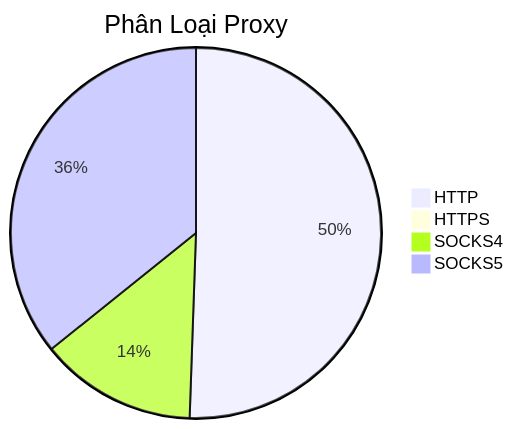
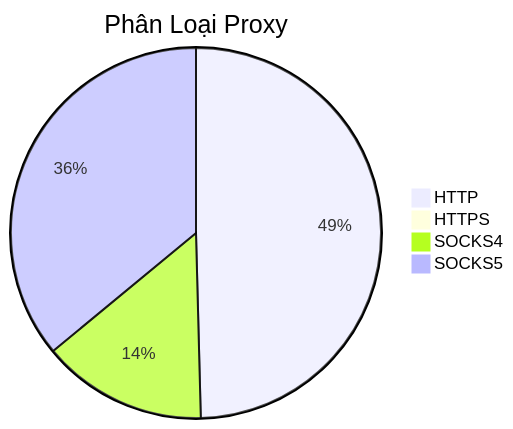
Before and after one commit to Ciara-Aa/PROXY-free: the diagram in README.md, drawn with Mermaid. The commit also changed other lines of this file and 4 other files, not shown here.

````diff
--- a/README.md
+++ b/README.md
@@ -26,7 +26,7 @@
 ```mermaid
 pie title Phân Loại Proxy
-    "HTTP" : 277
-    "HTTPS" : 2
-    "SOCKS4" : 75
-    "SOCKS5" : 196
+    "HTTP" : 299
+    "HTTPS" : 5
+    "SOCKS4" : 87
+    "SOCKS5" : 217
 ```
````
